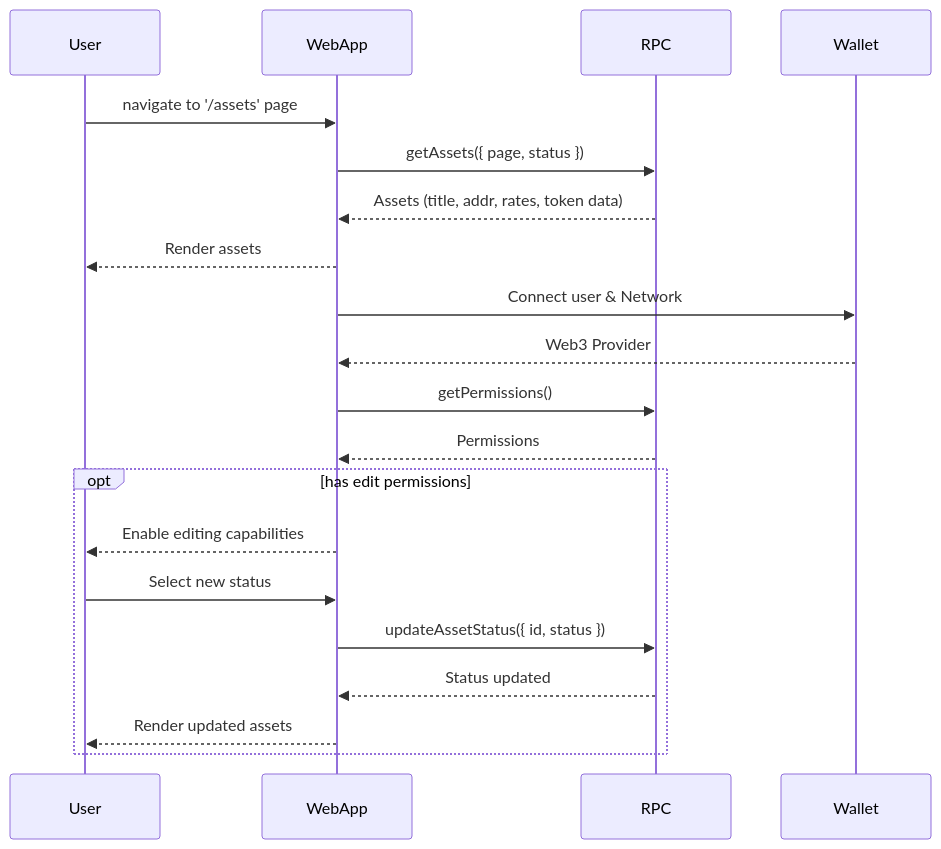
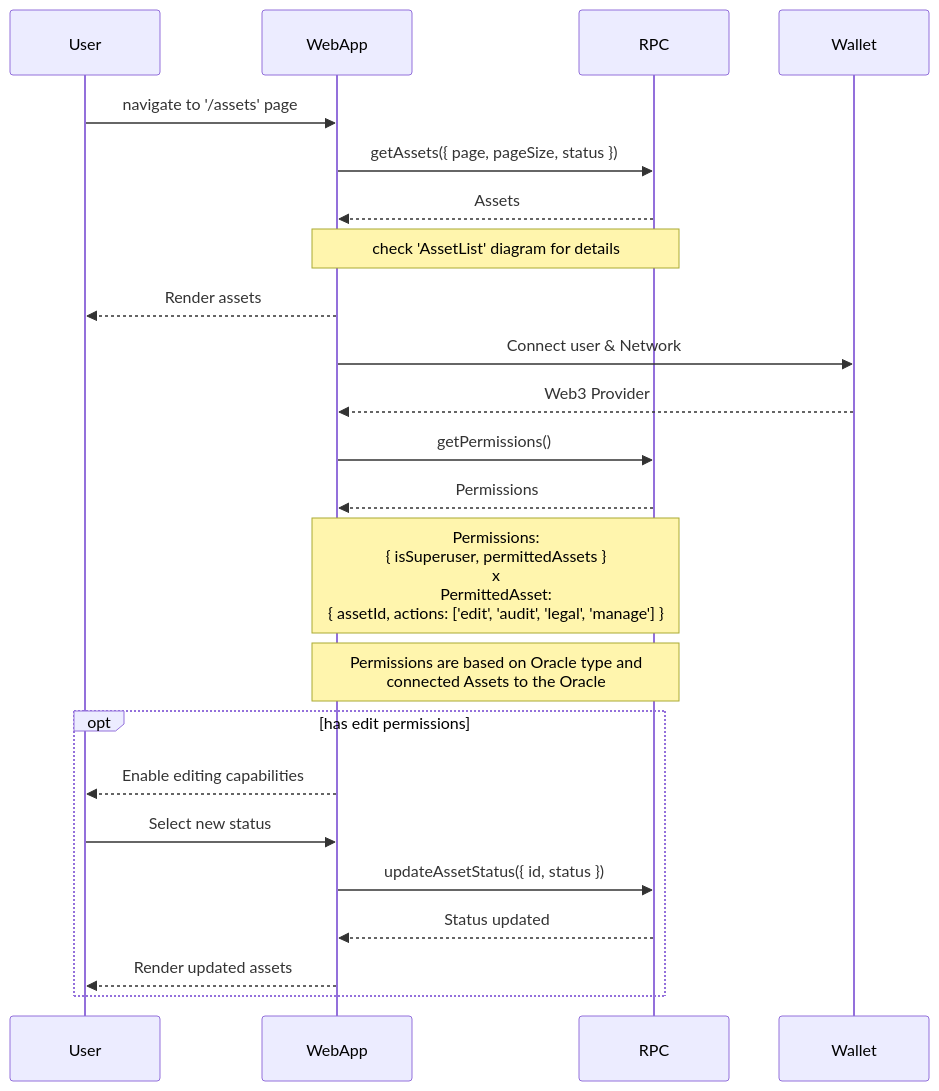
The second of 2 diagrams in arb/mermaid/AssetListPage.md (binaryx-protocol/binaryx_app), drawn with Mermaid before and after one commit. The commit also changed other lines of this file, not shown here.

Commit message:
Add more details to AssetListPage.md

````diff
--- a/arb/mermaid/AssetListPage.md
+++ b/arb/mermaid/AssetListPage.md
@@ -13,19 +16,22 @@
 ```mermaid
 sequenceDiagram
 User->>WebApp: navigate to '/assets' page
-WebApp->>RPC: getAssets({ page, status })
-RPC-->>WebApp: Assets (title, addr, rates, token data)
+WebApp->>RPC: getAssets({ page, pageSize, status })
+RPC-->>WebApp: Assets
+Note over WebApp, RPC: check 'AssetList' diagram for details
 WebApp-->>User: Render assets
 WebApp->>Wallet: Connect user & Network
 Wallet-->>WebApp: Web3 Provider
 WebApp->>RPC: getPermissions()
 RPC-->>WebApp: Permissions
+Note over WebApp, RPC: Permissions:<br> { isSuperuser, permittedAssets } <br>x<br> PermittedAsset: <br>{ assetId, actions: ['edit', 'audit', 'legal', 'manage']  }
+Note over WebApp, RPC: Permissions are based on Oracle type and <br>connected Assets to the Oracle
 opt has edit permissions
-WebApp-->>User: Enable editing capabilities
-User->>WebApp: Select new status
-WebApp->>RPC: updateAssetStatus({ id, status })
-RPC-->>WebApp: Status updated
-WebApp-->>User: Render updated assets
+  WebApp-->>User: Enable editing capabilities
+  User->>WebApp: Select new status
+  WebApp->>RPC: updateAssetStatus({ id, status })
+  RPC-->>WebApp: Status updated
+  WebApp-->>User: Render updated assets
 
 end  
 ```
````
